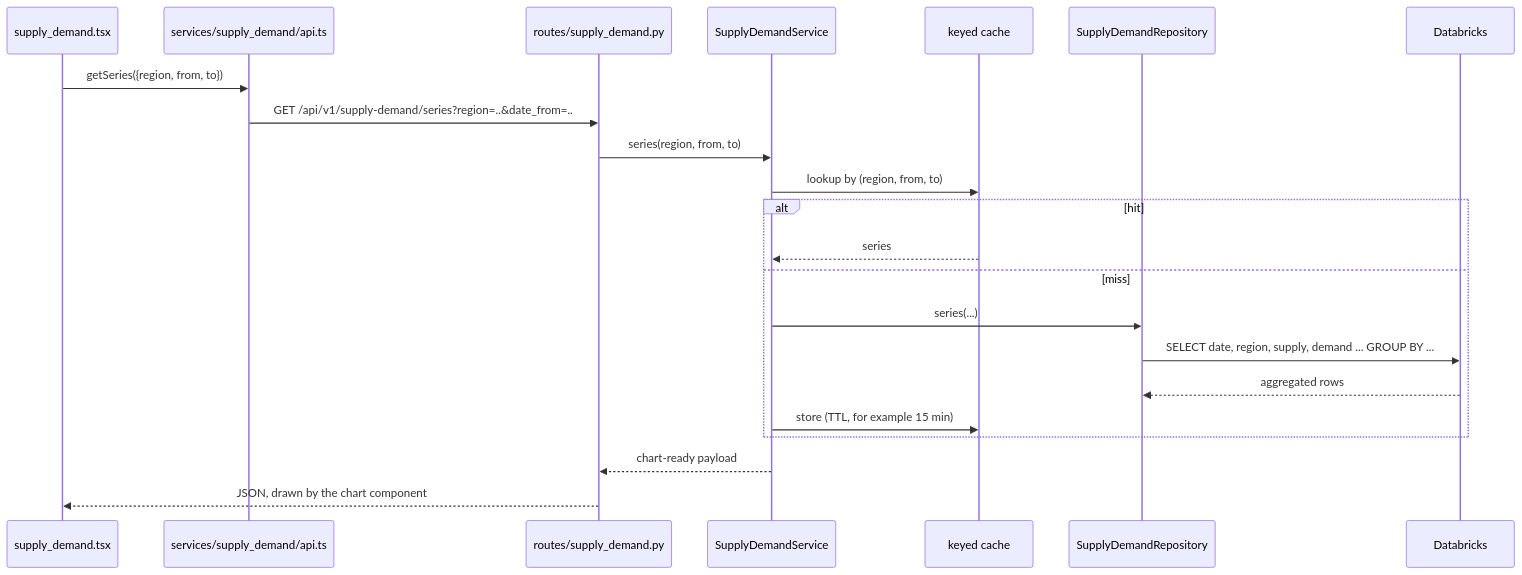
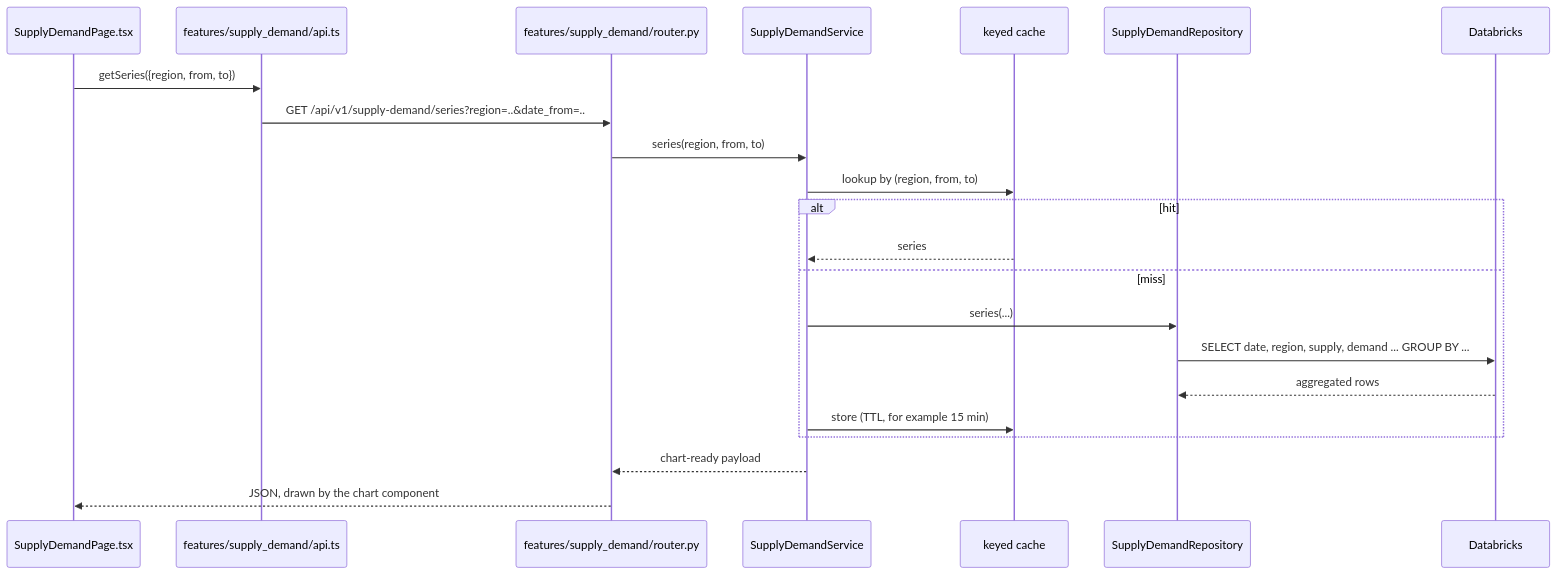
Before and after one commit to equinor/lng-trading-app: the fourth of 4 diagrams in README.md, drawn with Mermaid. The commit also changed other lines of this file and 74 other files, not shown here.

Commit message:
refactor architecture

````diff
--- a/README.md
+++ b/README.md
@@ -347,25 +360,25 @@
 ```mermaid
 sequenceDiagram
-    participant Pg as supply_demand.tsx
-    participant A as services/supply_demand/api.ts
-    participant R as routes/supply_demand.py
+    participant Pg as SupplyDemandPage.tsx
+    participant A as features/supply_demand/api.ts
+    participant R as features/supply_demand/router.py
     participant S as SupplyDemandService
     participant C as keyed cache
     participant P as SupplyDemandRepository
     participant D as Databricks
 
     Pg->>A: getSeries({region, from, to})
     A->>R: GET /api/v1/supply-demand/series?region=..&date_from=..
     R->>S: series(region, from, to)
     S->>C: lookup by (region, from, to)
     alt hit
         C-->>S: series
     else miss
         S->>P: series(...)
         P->>D: SELECT date, region, supply, demand ... GROUP BY ...
         D-->>P: aggregated rows
         S->>C: store (TTL, for example 15 min)
     end
     S-->>R: chart-ready payload
     R-->>Pg: JSON, drawn by the chart component
 ```
````
